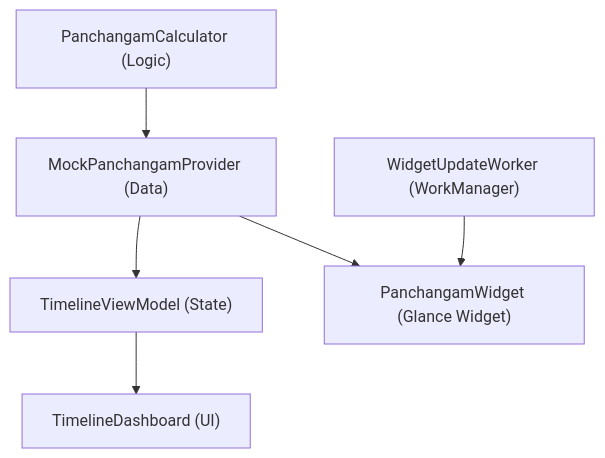
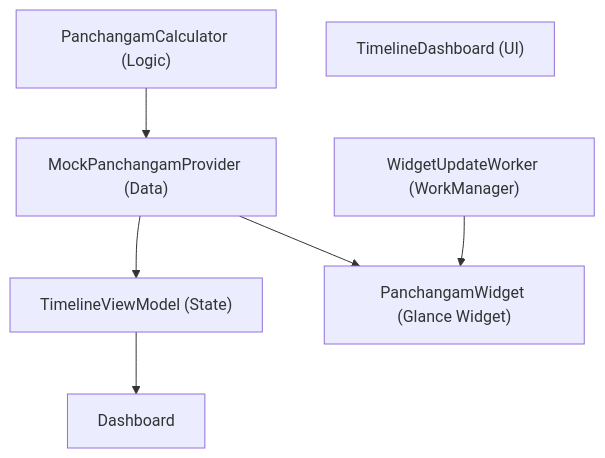
The diagram in docs/CODE_SUMMARY.md (citsuresh/Sacred-Timeline), drawn with Mermaid before and after one commit. The commit also changed other lines of this file and 6 other files, not shown here.

````diff
--- a/docs/CODE_SUMMARY.md
+++ b/docs/CODE_SUMMARY.md
@@ -9,15 +9,15 @@
 ```mermaid
 graph TD
     PanchangamCalculator["PanchangamCalculator (Logic)"]
     MockPanchangamProvider["MockPanchangamProvider (Data)"]
     TimelineViewModel["TimelineViewModel (State)"]
     TimelineDashboard["TimelineDashboard (UI)"]
     PanchangamWidget["PanchangamWidget (Glance Widget)"]
     WidgetUpdateWorker["WidgetUpdateWorker (WorkManager)"]
 
     PanchangamCalculator --> MockPanchangamProvider
     MockPanchangamProvider --> TimelineViewModel
-    TimelineViewModel --> TimelineDashboard
+    TimelineViewModel --> Dashboard
     MockPanchangamProvider --> PanchangamWidget
     WidgetUpdateWorker --> PanchangamWidget
 ```
````
